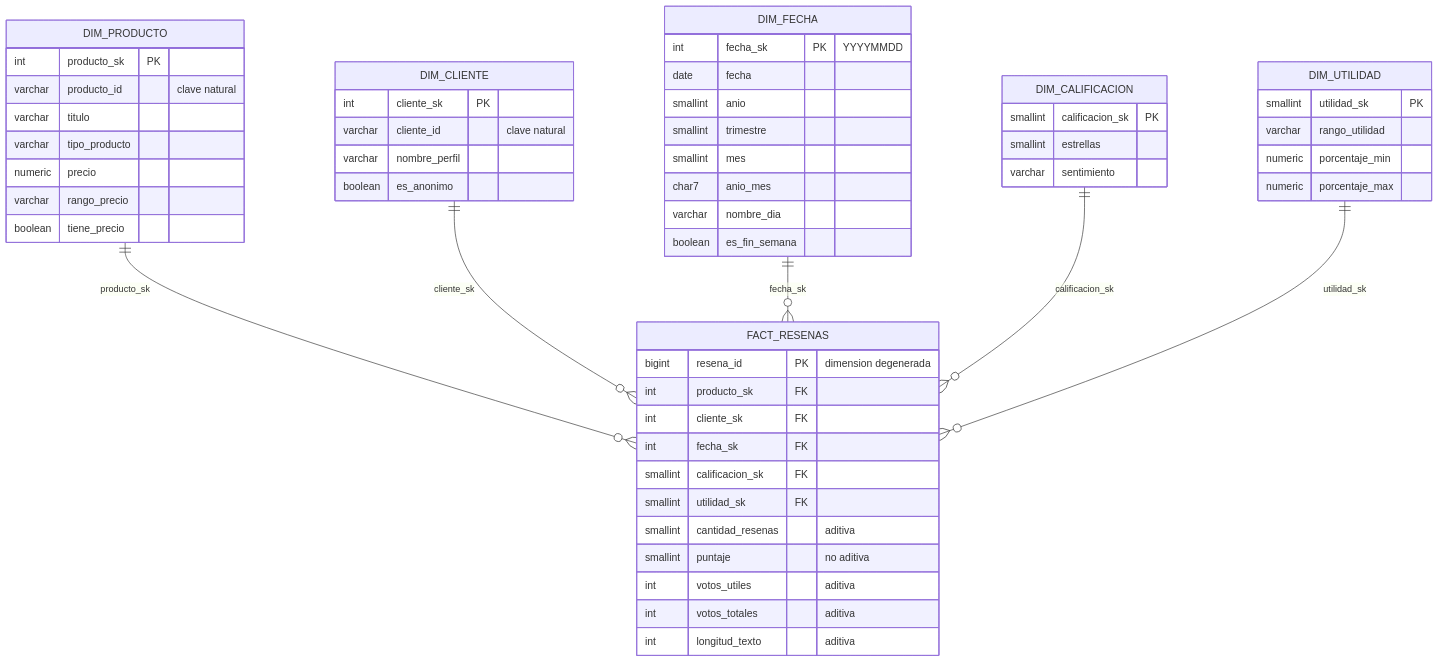
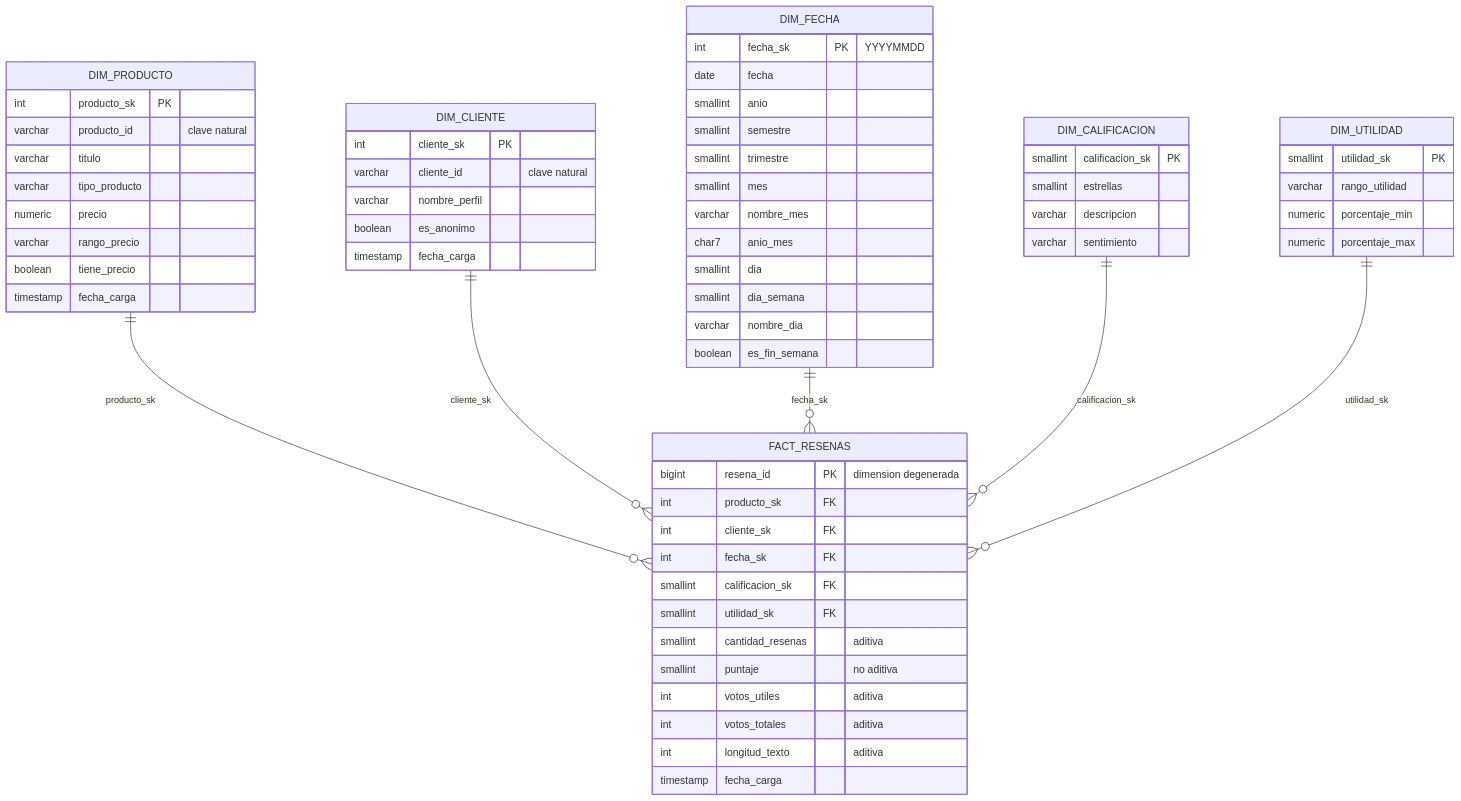
Before and after one commit to dbernate2003/amazon-ecommerce-data-warehouse: the diagram in docs/modelado/03_modelo_estrella.md, drawn with Mermaid. The commit also changed other lines of this file, not shown here.

````diff
--- a/docs/modelado/03_modelo_estrella.md
+++ b/docs/modelado/03_modelo_estrella.md
@@ -90,58 +90,66 @@
 ```mermaid
 erDiagram
     DIM_PRODUCTO ||--o{ FACT_RESENAS : "producto_sk"
     DIM_CLIENTE ||--o{ FACT_RESENAS : "cliente_sk"
     DIM_FECHA ||--o{ FACT_RESENAS : "fecha_sk"
     DIM_CALIFICACION ||--o{ FACT_RESENAS : "calificacion_sk"
     DIM_UTILIDAD ||--o{ FACT_RESENAS : "utilidad_sk"
 
     FACT_RESENAS {
         bigint resena_id PK "dimension degenerada"
         int producto_sk FK
         int cliente_sk FK
         int fecha_sk FK
         smallint calificacion_sk FK
         smallint utilidad_sk FK
         smallint cantidad_resenas "aditiva"
         smallint puntaje "no aditiva"
         int votos_utiles "aditiva"
         int votos_totales "aditiva"
         int longitud_texto "aditiva"
+        timestamp fecha_carga
     }
     DIM_PRODUCTO {
         int producto_sk PK
         varchar producto_id "clave natural"
         varchar titulo
         varchar tipo_producto
         numeric precio
         varchar rango_precio
         boolean tiene_precio
+        timestamp fecha_carga
     }
     DIM_CLIENTE {
         int cliente_sk PK
         varchar cliente_id "clave natural"
         varchar nombre_perfil
         boolean es_anonimo
+        timestamp fecha_carga
     }
     DIM_FECHA {
         int fecha_sk PK "YYYYMMDD"
         date fecha
         smallint anio
+        smallint semestre
         smallint trimestre
         smallint mes
+        varchar nombre_mes
         char7 anio_mes
+        smallint dia
+        smallint dia_semana
         varchar nombre_dia
         boolean es_fin_semana
     }
     DIM_CALIFICACION {
         smallint calificacion_sk PK
         smallint estrellas
+        varchar descripcion
         varchar sentimiento
     }
     DIM_UTILIDAD {
         smallint utilidad_sk PK
         varchar rango_utilidad
         numeric porcentaje_min
         numeric porcentaje_max
     }
 ```
````
